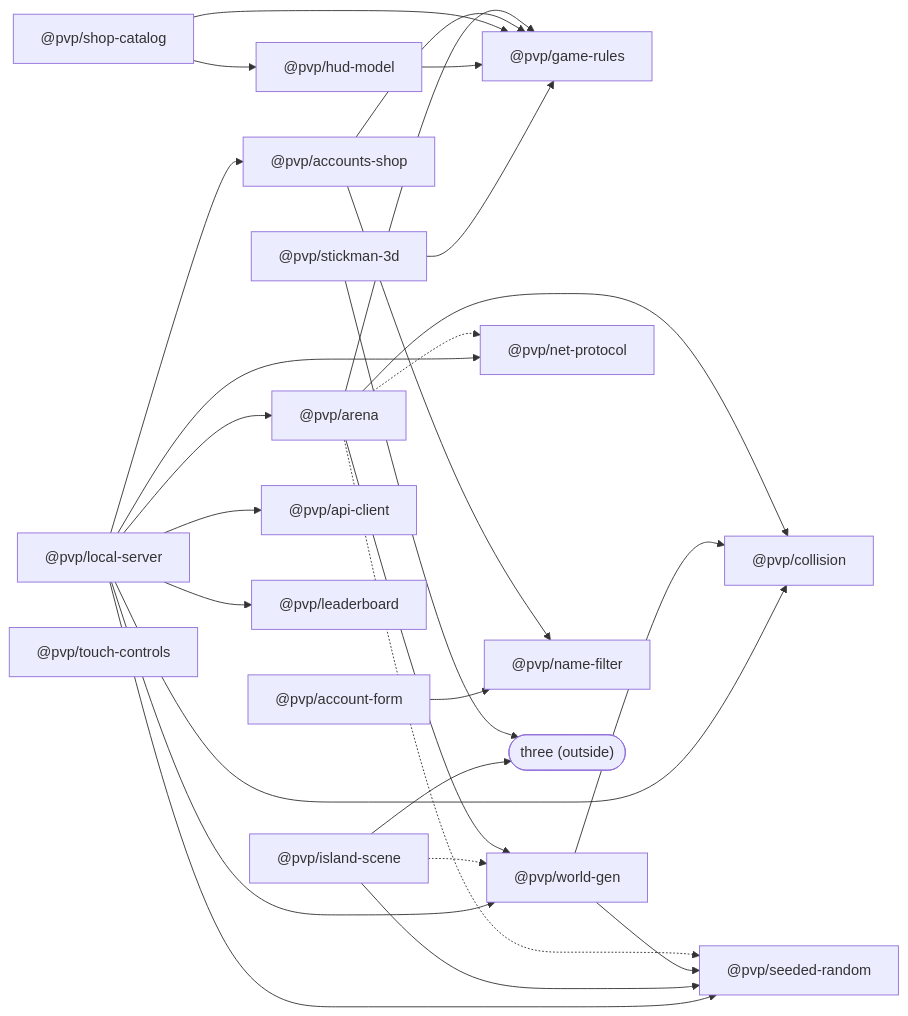
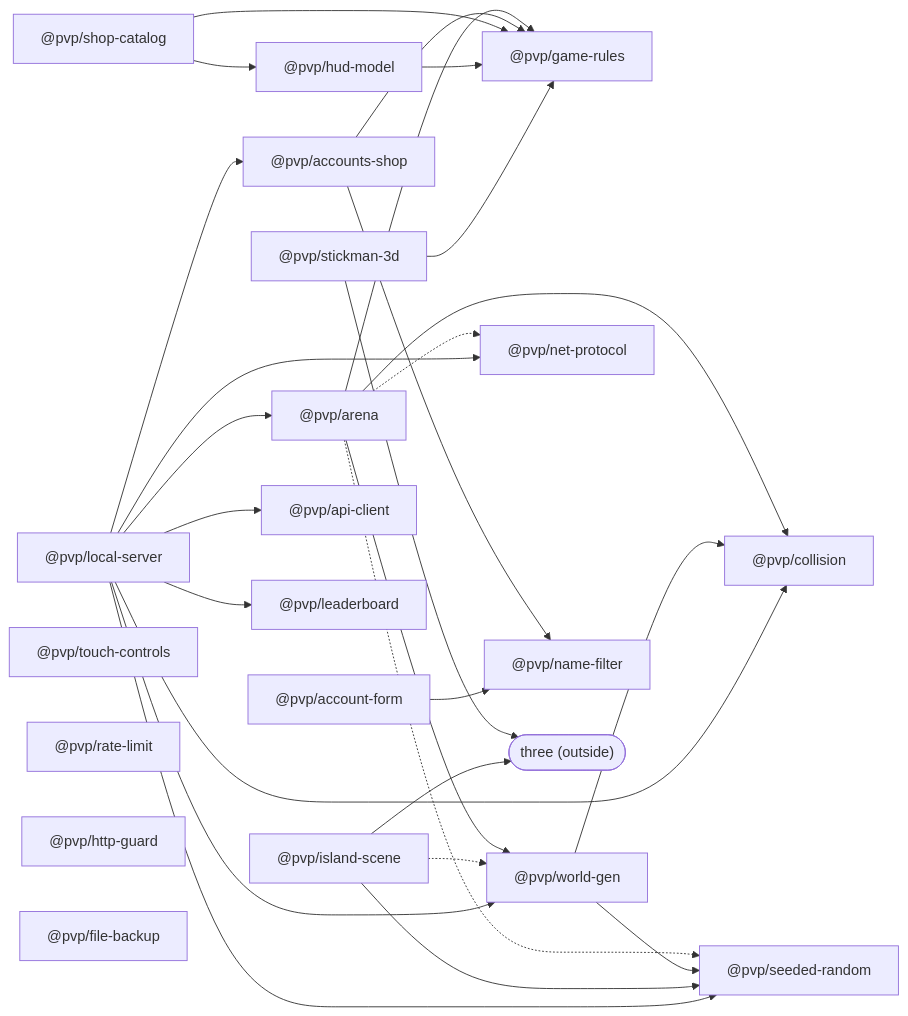
One commit to henriquemedeiros23-dev/pvp changed the diagram in CATALOG.md. Above: the diagram before and after it, drawn with Mermaid. The commit also changed other lines of this file and 35 other files, not shown here.

````diff
--- a/CATALOG.md
+++ b/CATALOG.md
@@ -15,31 +15,34 @@
 ```mermaid
 graph LR
   arena["@pvp/arena"] --> collision["@pvp/collision"]
   arena --> rules["@pvp/game-rules"]
   arena --> worldgen["@pvp/world-gen"]
   arena -.-> random["@pvp/seeded-random"]
   arena -.-> protocol["@pvp/net-protocol"]
   worldgen --> collision
   worldgen --> random
   accounts["@pvp/accounts-shop"] --> rules
   accounts --> names["@pvp/name-filter"]
   accountform["@pvp/account-form"] --> names
   shop["@pvp/shop-catalog"] --> rules
   shop --> hud
   hud["@pvp/hud-model"] --> rules
   stickman["@pvp/stickman-3d"] --> rules
   stickman --> three(["three (outside)"])
   scene["@pvp/island-scene"] --> random
   scene --> three
   scene -.-> worldgen
   api["@pvp/api-client"]
   local["@pvp/local-server"] --> arena
   local --> accounts
   local --> api
   local --> protocol
   local --> worldgen
   local --> random
   local --> collision
   local --> leaderboard["@pvp/leaderboard"]
   controls["@pvp/touch-controls"]
+  ratelimit["@pvp/rate-limit"]
+  httpguard["@pvp/http-guard"]
+  backup["@pvp/file-backup"]
 ```
````
